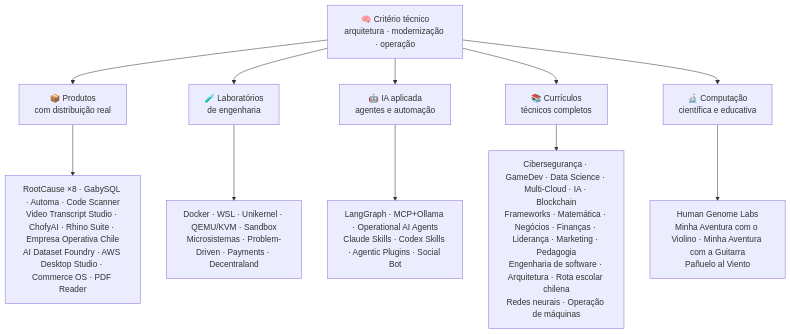
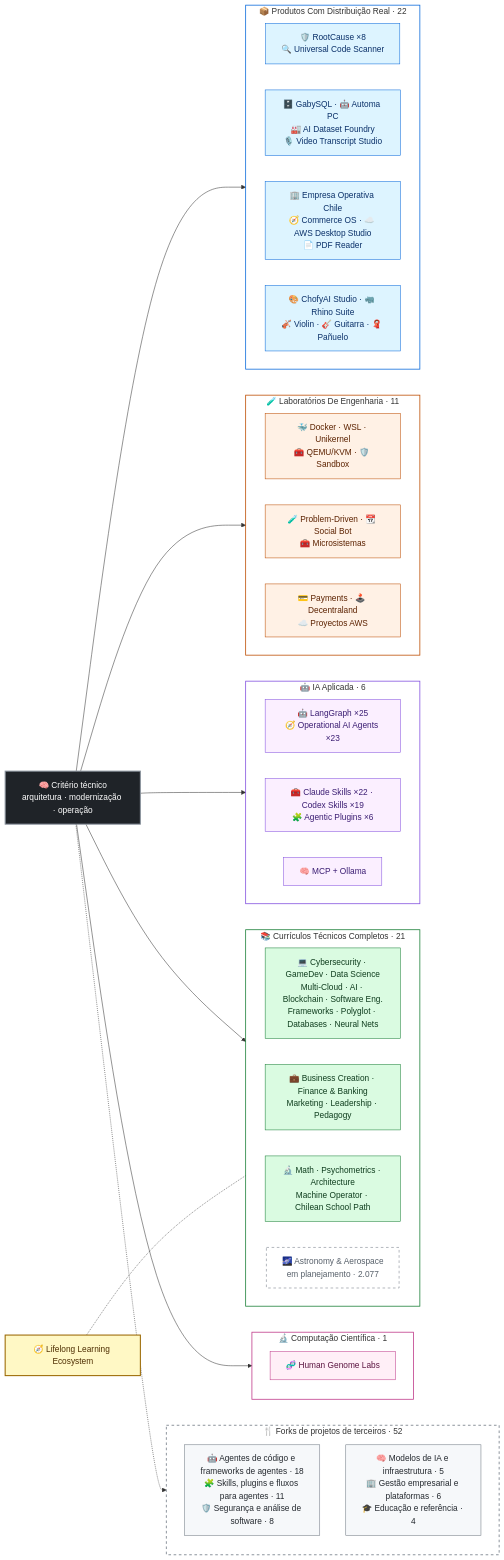
The diagram in README.pt.md (vladimiracunadev-create/vladimiracunadev-create), drawn with Mermaid before and after one commit. The commit also changed other lines of this file and 43 other files, not shown here.

````diff
--- a/README.pt.md
+++ b/README.pt.md
@@ -151,14 +152,63 @@
 ```mermaid
-flowchart TD
-    A["🧠 Critério técnico<br/>arquitetura · modernização · operação"] --> B["📦 Produtos<br/>com distribuição real"]
-    A --> C["🧪 Laboratórios<br/>de engenharia"]
-    A --> D["🤖 IA aplicada<br/>agentes e automação"]
-    A --> E["📚 Currículos<br/>técnicos completos"]
-    A --> F["🔬 Computação<br/>científica e educativa"]
+flowchart LR
+    CORE["🧠 Critério técnico<br/>arquitetura · modernização · operação"]:::core
 
-    B --> B1["RootCause ×8 · GabySQL · Automa · Code Scanner<br/>Video Transcript Studio · ChofyAI · Rhino Suite · Empresa Operativa Chile<br/>AI Dataset Foundry · AWS Desktop Studio · Commerce OS · PDF Reader"]
-    C --> C1["Docker · WSL · Unikernel · QEMU/KVM · Sandbox<br/>Microsistemas · Problem-Driven · Payments · Decentraland"]
-    D --> D1["LangGraph · MCP+Ollama · Operational AI Agents<br/>Claude Skills · Codex Skills · Agentic Plugins · Social Bot"]
-    E --> E1["Cibersegurança · GameDev · Data Science · Multi-Cloud · IA · Blockchain<br/>Frameworks · Matemática · Negócios · Finanças · Liderança · Marketing · Pedagogia<br/>Engenharia de software · Arquitetura · Rota escolar chilena<br/>Redes neurais · Operação de máquinas"]
-    F --> F1["Human Genome Labs<br/>Minha Aventura com o Violino · Minha Aventura com a Guitarra<br/>Pañuelo al Viento"]
+    subgraph P["📦 Produtos Com Distribuição Real · 22"]
+        direction LR
+        P1["🛡️ RootCause ×8<br/>🔍 Universal Code Scanner"]:::prod
+        P2["🗄️ GabySQL · 🤖 Automa PC<br/>🏭 AI Dataset Foundry<br/>🎙️ Video Transcript Studio"]:::prod
+        P3["🏢 Empresa Operativa Chile<br/>🧭 Commerce OS · ☁️ AWS Desktop Studio<br/>📄 PDF Reader"]:::prod
+        P4["🎨 ChofyAI Studio · 🦏 Rhino Suite<br/>🎻 Violin · 🎸 Guitarra · 🧣 Pañuelo"]:::prod
+    end
+    subgraph L["🧪 Laboratórios De Engenharia · 11"]
+        direction LR
+        L1["🐳 Docker · WSL · Unikernel<br/>🧰 QEMU/KVM · 🛡️ Sandbox"]:::lab
+        L2["🧪 Problem-Driven · 📆 Social Bot<br/>🧰 Microsistemas"]:::lab
+        L3["💳 Payments · 🕹️ Decentraland<br/>☁️ Proyectos AWS"]:::lab
+    end
+    subgraph I["🤖 IA Aplicada · 6"]
+        direction LR
+        I1["🤖 LangGraph ×25<br/>🧭 Operational AI Agents ×23"]:::ai
+        I2["🧰 Claude Skills ×22 · Codex Skills ×19<br/>🧩 Agentic Plugins ×6"]:::ai
+        I3["🧠 MCP + Ollama"]:::ai
+    end
+    subgraph C["📚 Currículos Técnicos Completos · 21"]
+        direction LR
+        C1["💻 Cybersecurity · GameDev · Data Science<br/>Multi-Cloud · AI · Blockchain · Software Eng.<br/>Frameworks · Polyglot · Databases · Neural Nets"]:::cur
+        C2["💼 Business Creation · Finance & Banking<br/>Marketing · Leadership · Pedagogy"]:::cur
+        C3["🔬 Math · Psychometrics · Architecture<br/>Machine Operator · Chilean School Path"]:::cur
+        C4["🌌 Astronomy & Aerospace<br/>em planejamento · 2.077"]:::plan
+    end
+    LL["🧭 Lifelong Learning Ecosystem"]:::core2
+    subgraph S["🔬 Computação Científica · 1"]
+        S1["🧬 Human Genome Labs"]:::sci
+    end
+    subgraph F["🍴 Forks de projetos de terceiros · 52"]
+        F1["🤖 Agentes de código e frameworks de agentes · 18<br/>🧩 Skills, plugins e fluxos para agentes · 11<br/>🛡️ Segurança e análise de software · 8"]:::fork
+        F2["🧠 Modelos de IA e infraestrutura · 5<br/>🏢 Gestão empresarial e plataformas · 6<br/>🎓 Educação e referência · 4"]:::fork
+    end
+
+    CORE --> P
+    CORE --> L
+    CORE --> I
+    CORE --> C
+    CORE --> S
+    CORE -.-> F
+    LL -.- C
+
+    classDef core fill:#1f2328,stroke:#8b949e,color:#ffffff,stroke-width:2px
+    classDef core2 fill:#fff8c5,stroke:#9a6700,color:#4d2d00,stroke-width:2px
+    classDef prod fill:#ddf4ff,stroke:#0969da,color:#0a3069
+    classDef lab fill:#fff1e5,stroke:#bc4c00,color:#5c2200
+    classDef ai fill:#fbefff,stroke:#8250df,color:#3b1d73
+    classDef cur fill:#dafbe1,stroke:#1a7f37,color:#0f3d1e
+    classDef sci fill:#ffeff7,stroke:#bf3989,color:#5c1541
+    classDef fork fill:#f6f8fa,stroke:#6e7781,color:#24292f
+    classDef plan fill:#ffffff,stroke:#6e7781,color:#57606a,stroke-dasharray:5 5
+    style P fill:none,stroke:#0969da,stroke-width:1.5px
+    style L fill:none,stroke:#bc4c00,stroke-width:1.5px
+    style I fill:none,stroke:#8250df,stroke-width:1.5px
+    style C fill:none,stroke:#1a7f37,stroke-width:1.5px
+    style S fill:none,stroke:#bf3989,stroke-width:1.5px
+    style F fill:none,stroke:#6e7781,stroke-width:1.5px,stroke-dasharray:5 5
 ```
````
